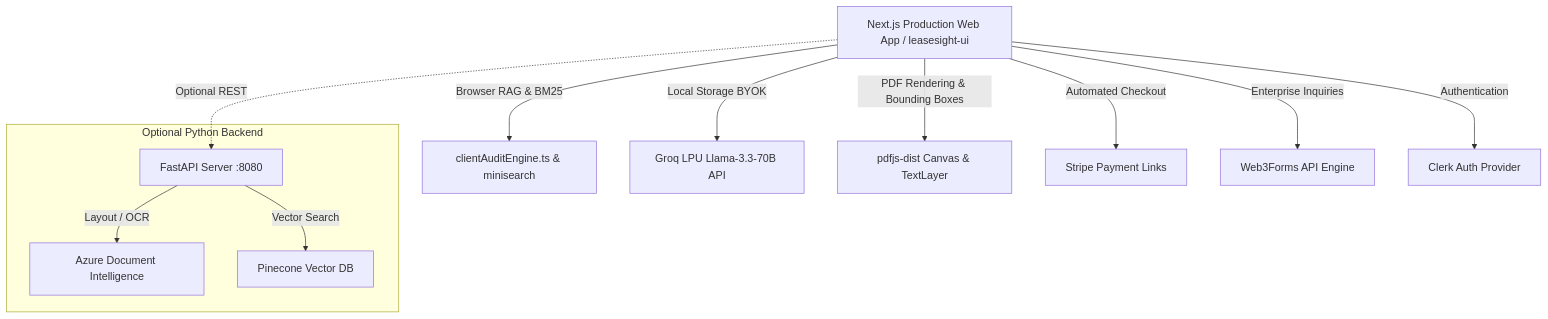
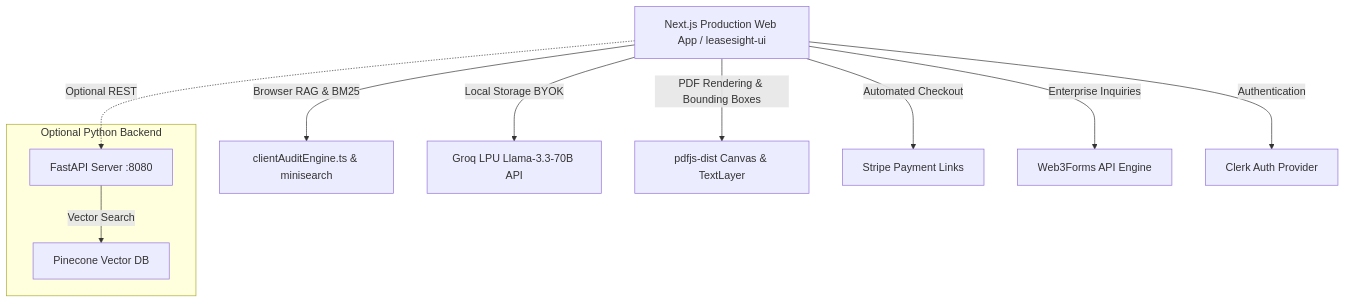
The diagram in README.md (ZainUlAbideen02/LeaseSight), drawn with Mermaid before and after one commit. The commit also changed 14 other files, not shown here.

````diff
--- a/README.md
+++ b/README.md
@@ -22,16 +22,15 @@
 ```mermaid
 graph TD
     Client[Next.js Production Web App / leasesight-ui] -->|Browser RAG & BM25| LocalEngine[clientAuditEngine.ts & minisearch]
     Client -->|Local Storage BYOK| GroqSDK[Groq LPU Llama-3.3-70B API]
     Client -->|PDF Rendering & Bounding Boxes| PDFJS[pdfjs-dist Canvas & TextLayer]
     Client -->|Automated Checkout| Stripe[Stripe Payment Links]
     Client -->|Enterprise Inquiries| Web3Forms[Web3Forms API Engine]
     Client -->|Authentication| Clerk[Clerk Auth Provider]
     
     subgraph Optional Python Backend
-        API[FastAPI Server :8080] -->|Layout / OCR| Azure[Azure Document Intelligence]
-        API -->|Vector Search| Pinecone[Pinecone Vector DB]
+        API[FastAPI Server :8080] -->|Vector Search| Pinecone[Pinecone Vector DB]
     end
     
     Client -.->|Optional REST| API
 ```
````
